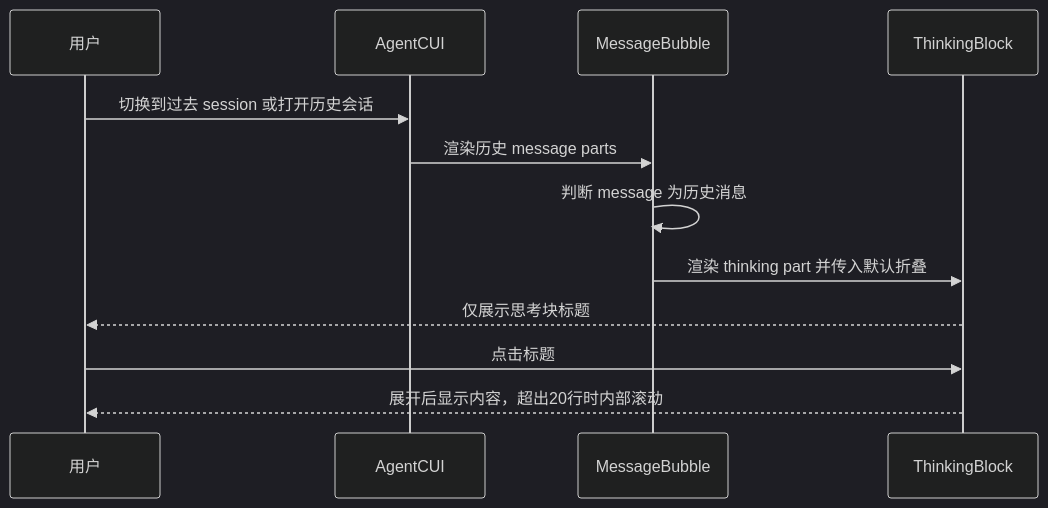
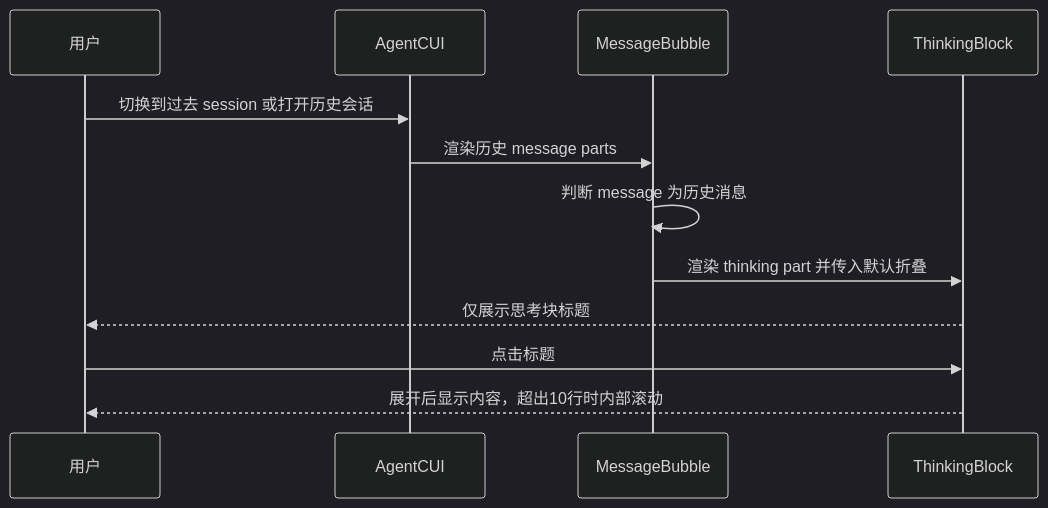
One commit to Abelsjcheng/skillSDK changed the third of 3 diagrams in ai-chat-viewer/docs/plans/2026-06-11-agent-cui-thinking-block-height-plan.md. Above: the diagram before and after it, drawn with Mermaid (dark theme). The commit also changed other lines of this file and 1 other file, not shown here.

Commit message:
style(cui): tune thinking scroll area

````diff
--- a/ai-chat-viewer/docs/plans/2026-06-11-agent-cui-thinking-block-height-plan.md
+++ b/ai-chat-viewer/docs/plans/2026-06-11-agent-cui-thinking-block-height-plan.md
@@ -72,15 +72,15 @@
 ```mermaid
 sequenceDiagram
     participant User as 用户
     participant Host as AgentCUI
     participant Bubble as MessageBubble
     participant Thinking as ThinkingBlock
 
     User->>Host: 切换到过去 session 或打开历史会话
     Host->>Bubble: 渲染历史 message parts
     Bubble->>Bubble: 判断 message 为历史消息
     Bubble->>Thinking: 渲染 thinking part 并传入默认折叠
     Thinking-->>User: 仅展示思考块标题
     User->>Thinking: 点击标题
-    Thinking-->>User: 展开后显示内容，超出20行时内部滚动
+    Thinking-->>User: 展开后显示内容，超出10行时内部滚动
 ```
````
